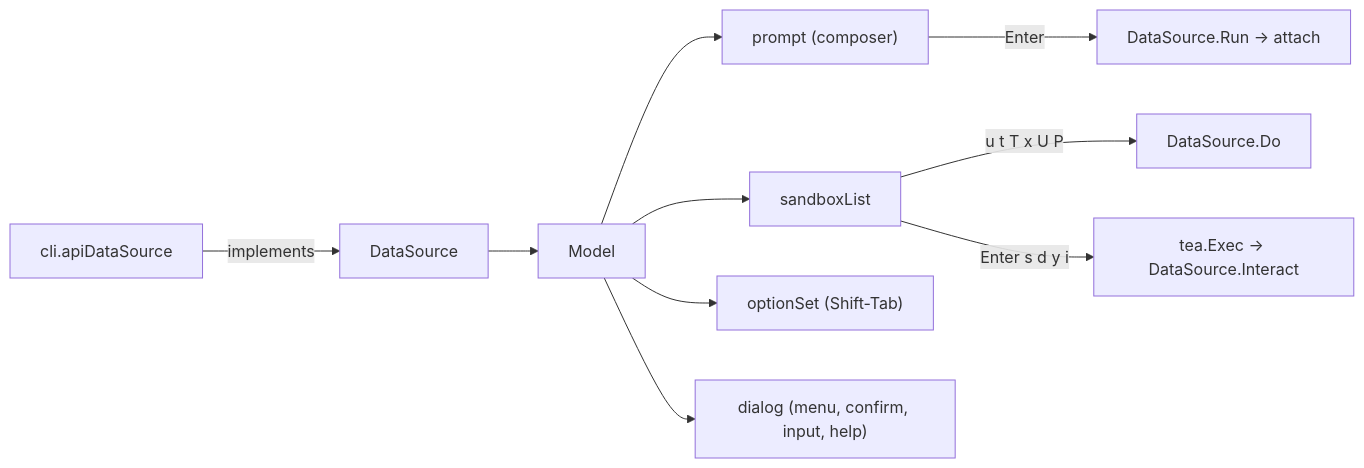
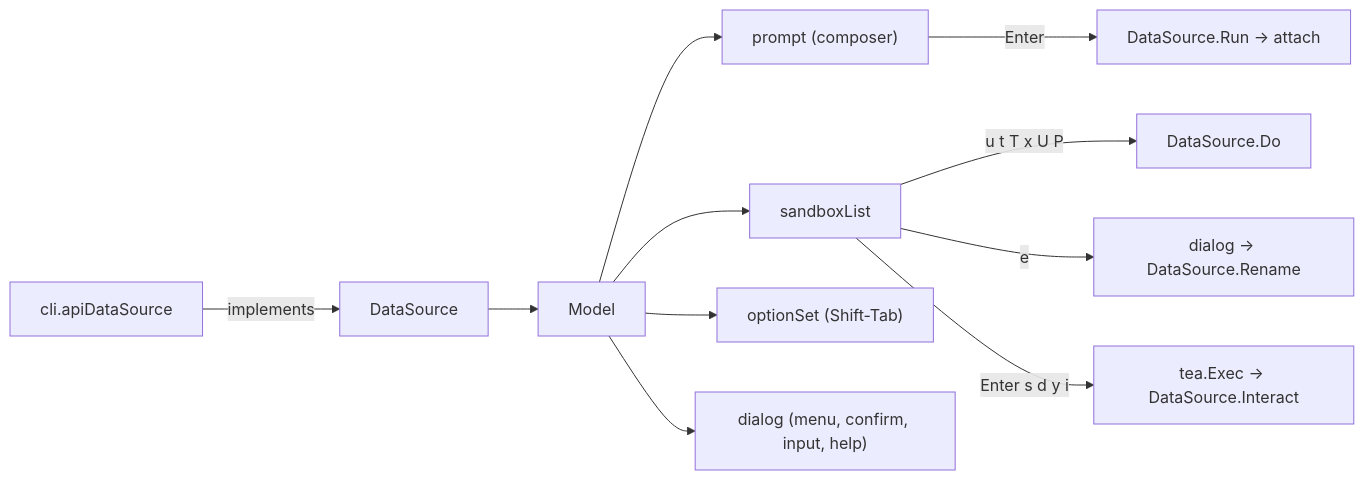
The diagram in cli/internal/tui/DESIGN.md (discobox-ai/discobox), drawn with Mermaid before and after one commit. The commit also changed other lines of this file and 5 other files, not shown here.

````diff
--- a/cli/internal/tui/DESIGN.md
+++ b/cli/internal/tui/DESIGN.md
@@ -12,12 +12,13 @@
 ```mermaid
 flowchart LR
     CLI["cli.apiDataSource"] -->|implements| DS["DataSource"]
     DS --> M["Model"]
     M --> P["prompt (composer)"]
     M --> L["sandboxList"]
     M --> O["optionSet (Shift-Tab)"]
     M --> D["dialog (menu, confirm, input, help)"]
     P -->|Enter| Run["DataSource.Run → attach"]
     L -->|u t T x U P| Verb["DataSource.Do"]
+    L -->|e| Rename["dialog → DataSource.Rename"]
     L -->|Enter s d y i| Exec["tea.Exec → DataSource.Interact"]
 ```
````
